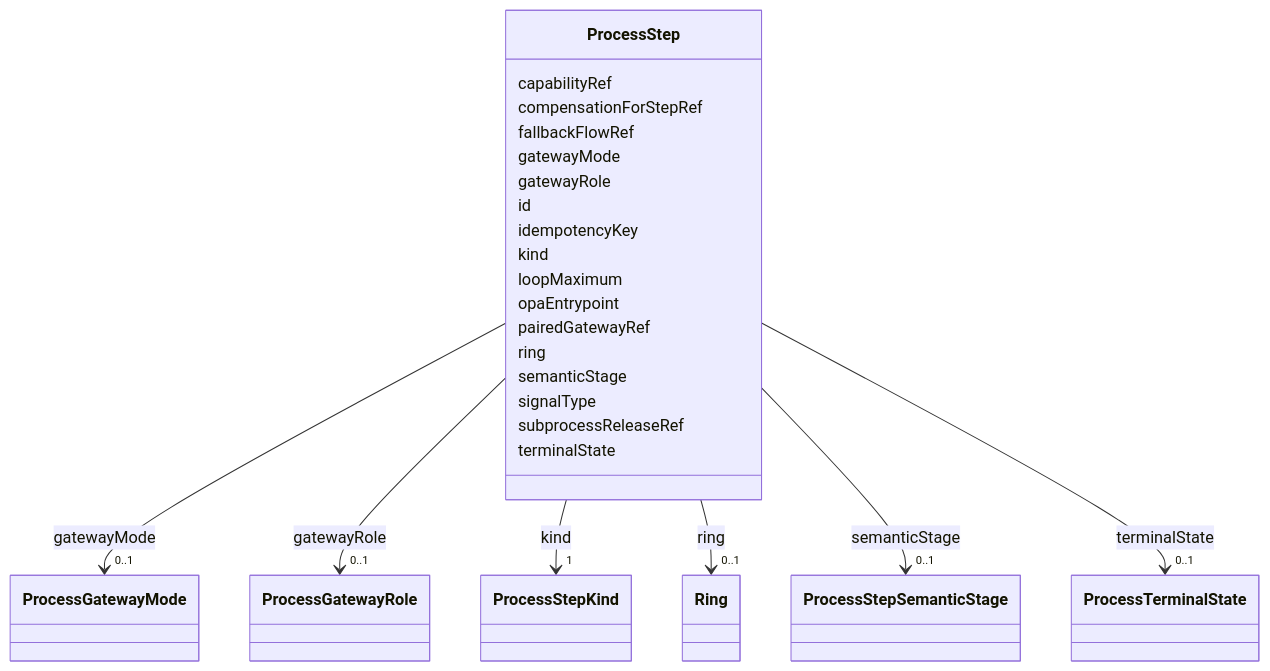
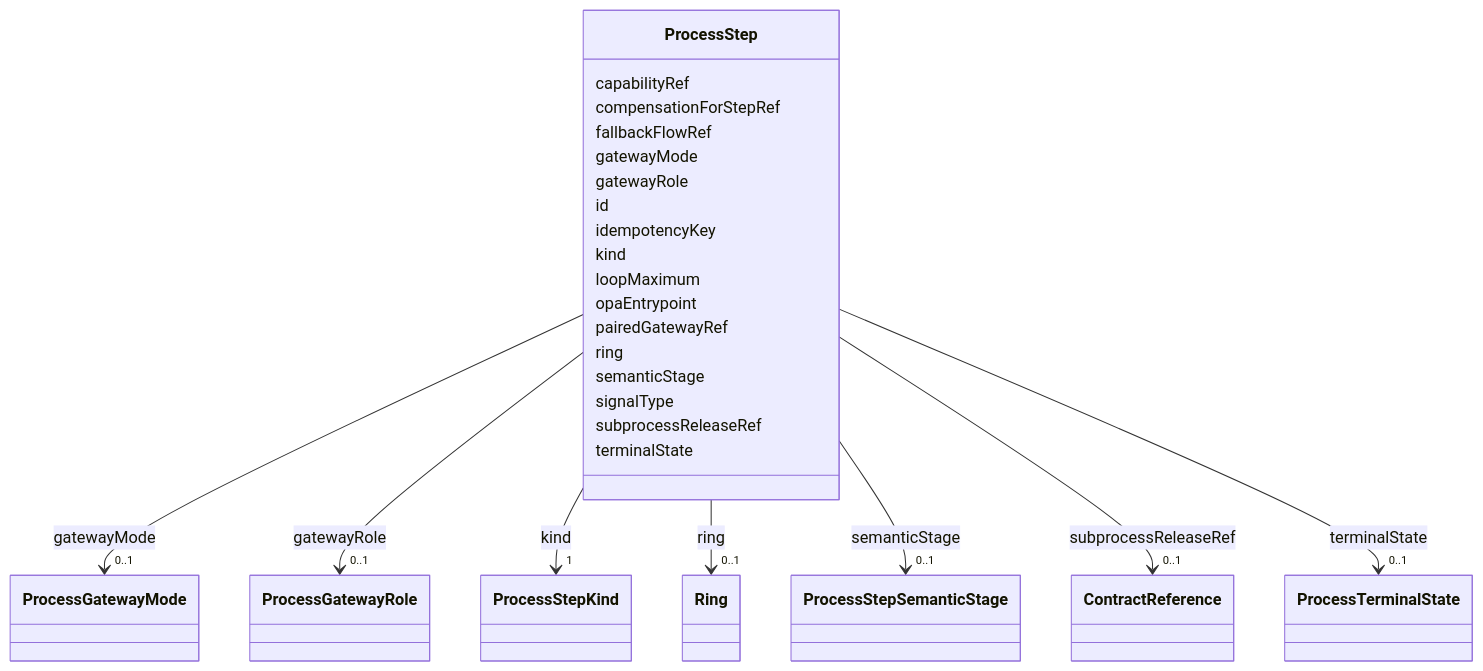
The diagram in metamodel/generated/docs/ProcessStep.md (open4good/jumo-core), drawn with Mermaid before and after one commit. The commit also changed other lines of this file and 42 other files, not shown here.

```diff
--- a/metamodel/generated/docs/ProcessStep.md
+++ b/metamodel/generated/docs/ProcessStep.md
@@ -99,6 +99,15 @@
 
       ProcessStep : subprocessReleaseRef
 
+
+
+
+
+        ProcessStep --> "0..1" ContractReference : subprocessReleaseRef
+        click ContractReference href "../ContractReference/"
+
+
+
       ProcessStep : terminalState
 
 
```
